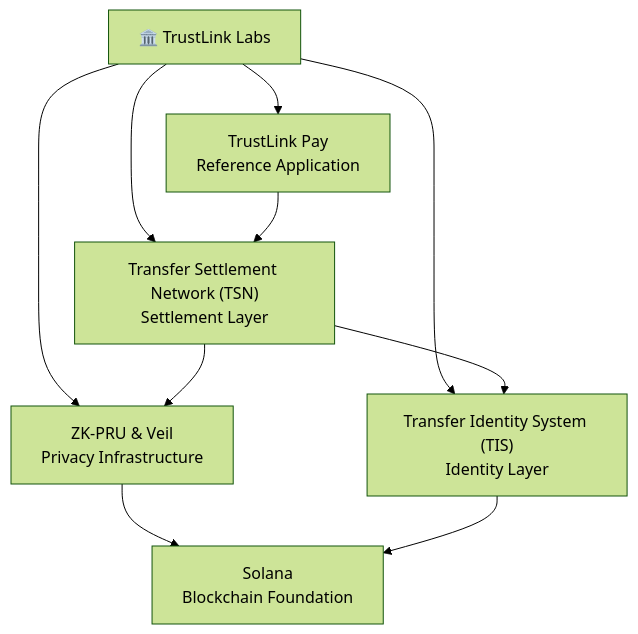
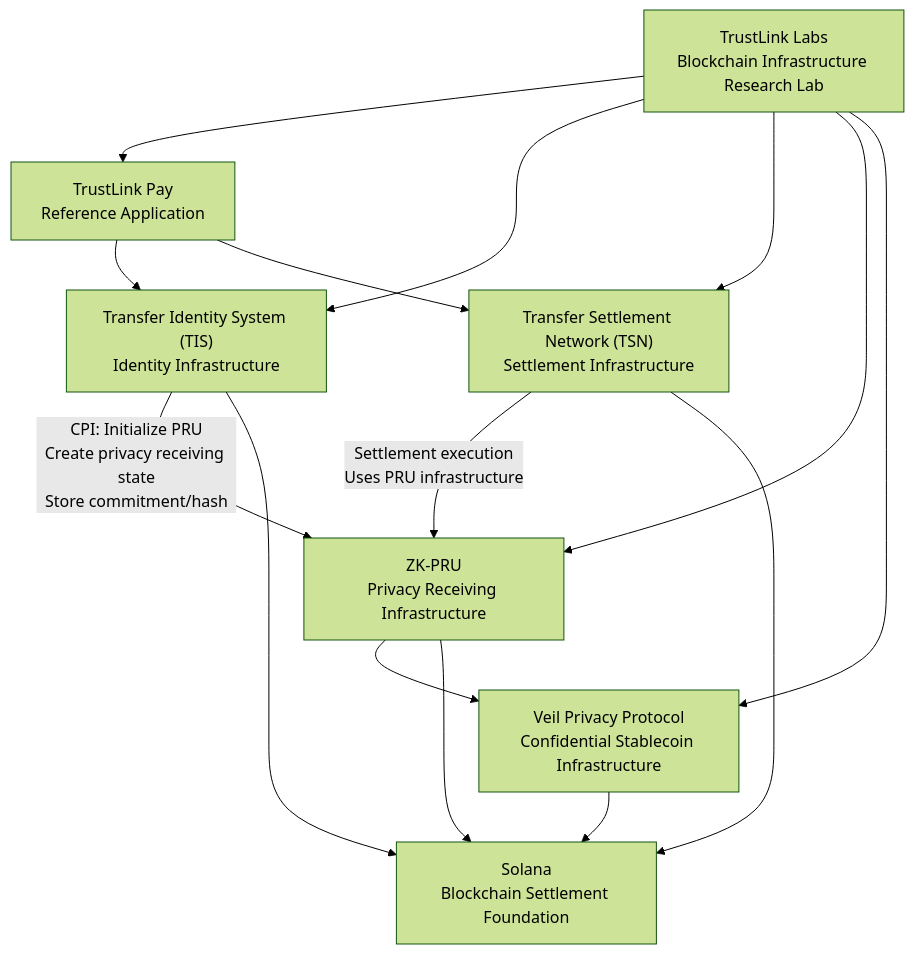
One commit to Trustlink-Labs/.github changed the diagram in profile/README.md. Above: the diagram before and after it, drawn with Mermaid (forest theme). The commit also changed other lines of this file, not shown here.

````diff
--- a/profile/README.md
+++ b/profile/README.md
@@ -21,26 +25,39 @@
-```mermaid
+``` mermaid
 flowchart TB
 
-    LAB["🏛️ TrustLink Labs"]
+    LAB["TrustLink Labs<br/>Blockchain Infrastructure Research Lab"]
 
     PAY["TrustLink Pay<br/>Reference Application"]
 
-    TSN["Transfer Settlement Network (TSN)<br/>Settlement Layer"]
+    TIS["Transfer Identity System (TIS)<br/>Identity Infrastructure"]
 
-    TIS["Transfer Identity System (TIS)<br/>Identity Layer"]
+    TSN["Transfer Settlement Network (TSN)<br/>Settlement Infrastructure"]
 
-    ZK["ZK-PRU & Veil<br/>Privacy Infrastructure"]
+    ZK["ZK-PRU<br/>Privacy Receiving Infrastructure"]
 
-    SOL["Solana<br/>Blockchain Foundation"]
+    VEIL["Veil Privacy Protocol<br/>Confidential Stablecoin Infrastructure"]
+
+    SOL["Solana<br/>Blockchain Settlement Foundation"]
+
 
     LAB --> PAY
+    LAB --> TIS
     LAB --> TSN
-    LAB --> TIS
     LAB --> ZK
+    LAB --> VEIL
 
+
+    PAY --> TIS
     PAY --> TSN
-    TSN --> TIS
-    TSN --> ZK
+
+    TIS -->|"CPI: Initialize PRU<br/>Create privacy receiving state<br/>Store commitment/hash"| ZK
+
+    TSN -->|"Settlement execution<br/>Uses PRU infrastructure"| ZK
+
+    ZK --> VEIL
+
+    TIS --> SOL
+    TSN --> SOL
     ZK --> SOL
-    TIS --> SOL
+    VEIL --> SOL
 ```
````
